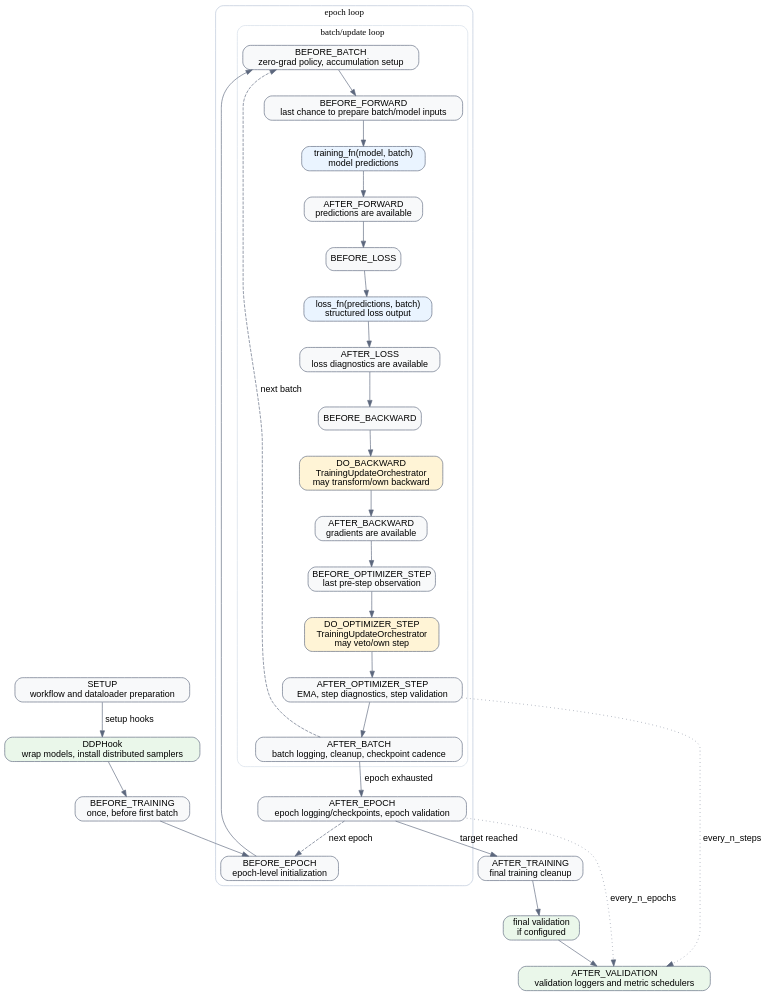
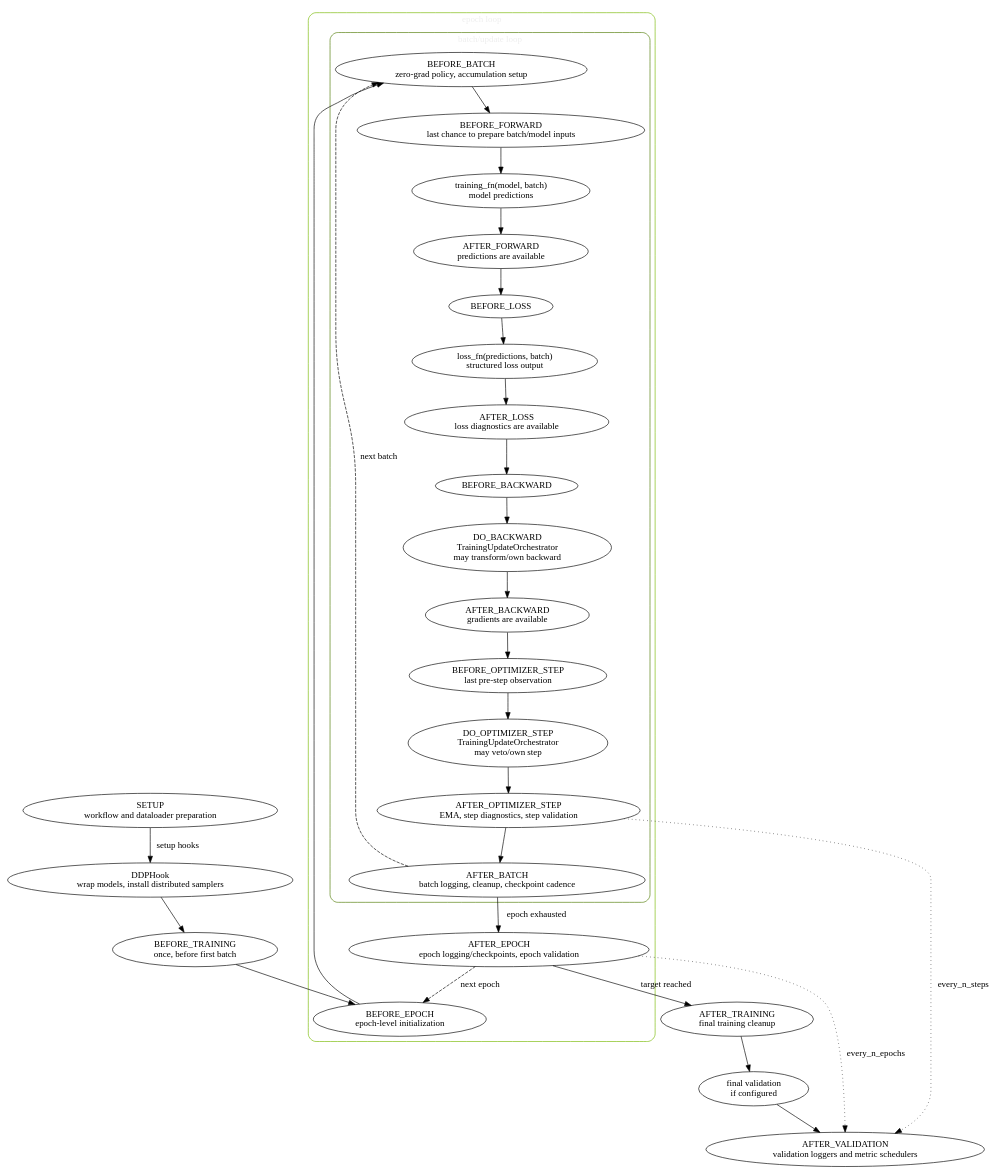
The diagram in docs/userguide/training.md (NVIDIA/nvalchemi-toolkit), drawn with Graphviz before and after one commit. The commit also changed other lines of this file and 140 other files, not shown here.

````diff
--- a/docs/userguide/training.md
+++ b/docs/userguide/training.md
@@ -77,74 +83,68 @@
 ```{graphviz}
 digraph training_lifecycle {
-  graph [rankdir=TB, bgcolor="transparent", compound=true, nodesep=0.45, ranksep=0.55];
-  node [
-    shape=box,
-    style="rounded,filled",
-    fillcolor="#F8F9FA",
-    color="#5C677D",
-    fontname="Helvetica"
-  ];
-  edge [color="#5C677D", fontname="Helvetica"];
+  graph [rankdir=TB, compound=true, nodesep=0.45, ranksep=0.55];
 
   setup [label="SETUP\nworkflow and dataloader preparation"];
-  ddp [label="DDPHook\nwrap models, install distributed samplers", fillcolor="#EAF7EA"];
+  ddp [label="DDPHook\nwrap models, install distributed samplers", fillcolor="#26351d"];
   before_training [label="BEFORE_TRAINING\nonce, before first batch"];
 
   subgraph cluster_epoch {
     label="epoch loop";
-    color="#B7C4D6";
+    color="#76b900";
+    fontcolor="#eeeeee";
     style="rounded";
 
     before_epoch [label="BEFORE_EPOCH\nepoch-level initialization"];
 
     subgraph cluster_batch {
       label="batch/update loop";
-      color="#D4DCE8";
+      color="#4d7900";
+      fontcolor="#eeeeee";
       style="rounded";
 
       before_batch [label="BEFORE_BATCH\nzero-grad policy, accumulation setup"];
       before_forward [label="BEFORE_FORWARD\nlast chance to prepare batch/model inputs"];
-      forward [label="training_fn(model, batch)\nmodel predictions", fillcolor="#EAF4FF"];
+      forward [label="training_fn(model, batch)\nmodel predictions", fillcolor="#183449"];
       after_forward [label="AFTER_FORWARD\npredictions are available"];
       before_loss [label="BEFORE_LOSS"];
-      loss [label="loss_fn(predictions, batch)\nstructured loss output", fillcolor="#EAF4FF"];
+      loss [label="loss_fn(predictions, batch)\nstructured loss output", fillcolor="#183449"];
       after_loss [label="AFTER_LOSS\nloss diagnostics are available"];
       before_backward [label="BEFORE_BACKWARD"];
       do_backward [
         label="DO_BACKWARD\nTrainingUpdateOrchestrator\nmay transform/own backward",
-        fillcolor="#FFF4D6"
+        fillcolor="#4a3315"
       ];
       after_backward [label="AFTER_BACKWARD\ngradients are available"];
       before_step [label="BEFORE_OPTIMIZER_STEP\nlast pre-step observation"];
       do_step [
         label="DO_OPTIMIZER_STEP\nTrainingUpdateOrchestrator\nmay veto/own step",
-        fillcolor="#FFF4D6"
+        fillcolor="#4a3315"
       ];
       after_step [label="AFTER_OPTIMIZER_STEP\nEMA, step diagnostics, step validation"];
       after_batch [label="AFTER_BATCH\nbatch logging, cleanup, checkpoint cadence"];
     }
 
     after_epoch [label="AFTER_EPOCH\nepoch logging/checkpoints, epoch validation"];
   }
 
   after_training [label="AFTER_TRAINING\nfinal training cleanup"];
-  final_validation [label="final validation\nif configured", fillcolor="#EAF7EA"];
-  after_validation [label="AFTER_VALIDATION\nvalidation loggers and metric schedulers", fillcolor="#EAF7EA"];
+  final_validation [label="final validation\nif configured", fillcolor="#26351d"];
+  after_validation [label="AFTER_VALIDATION\nvalidation loggers and metric schedulers", fillcolor="#26351d"];
 
   setup -> ddp [label="setup hooks"];
   ddp -> before_training;
   before_training -> before_epoch;
   before_epoch -> before_batch;
   before_batch -> before_forward -> forward -> after_forward;
   after_forward -> before_loss -> loss -> after_loss;
   after_loss -> before_backward -> do_backward -> after_backward;
   after_backward -> before_step -> do_step -> after_step -> after_batch;
   after_batch -> before_batch [label="next batch", style=dashed];
   after_batch -> after_epoch [label="epoch exhausted"];
   after_epoch -> before_epoch [label="next epoch", style=dashed];
   after_step -> after_validation [label="every_n_steps", style=dotted];
   after_epoch -> after_validation [label="every_n_epochs", style=dotted];
   after_epoch -> after_training [label="target reached"];
   after_training -> final_validation -> after_validation;
 }
 ```
````
